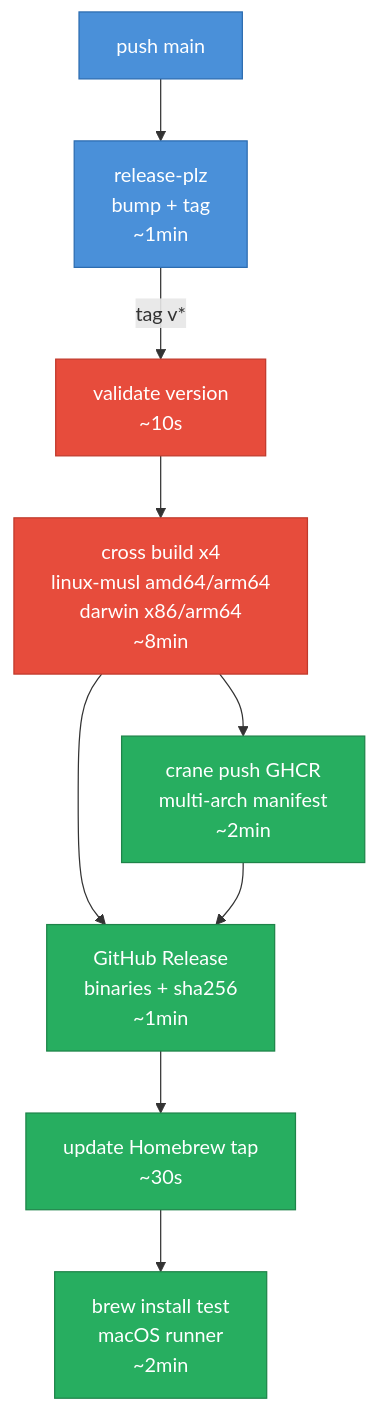
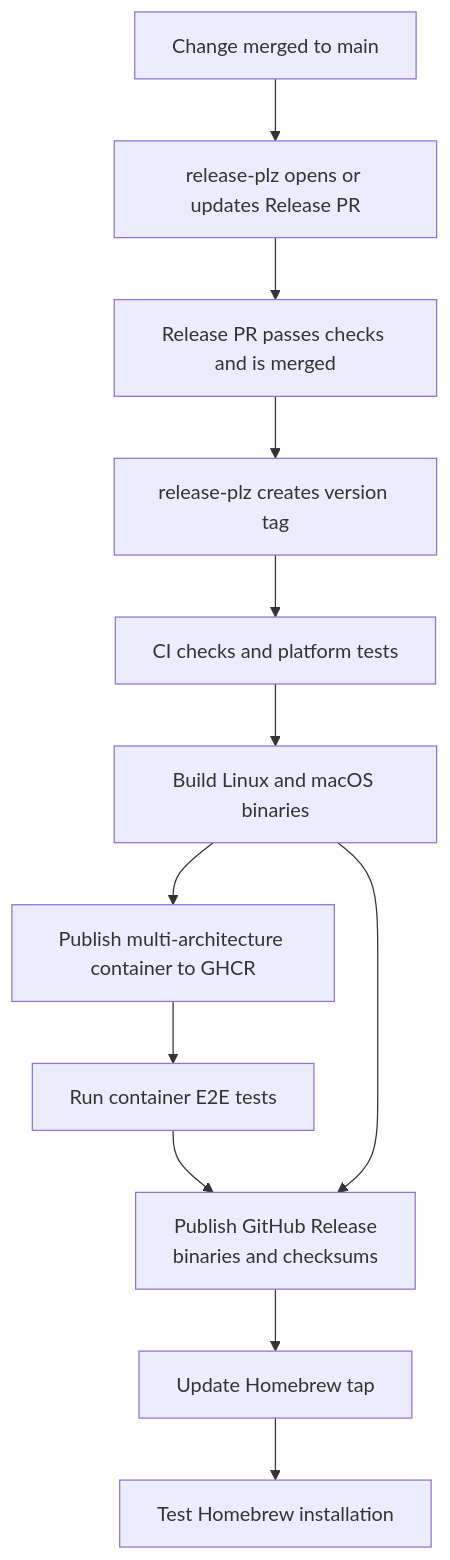
One commit to azerozero/grob changed the second of 2 diagrams in docs/diagrams/ci-cd-pert.md. Above: the diagram before and after it, drawn with Mermaid. The commit also changed other lines of this file and 28 other files, not shown here.

````diff
--- a/docs/diagrams/ci-cd-pert.md
+++ b/docs/diagrams/ci-cd-pert.md
@@ -56,25 +58,14 @@
 ```mermaid
 flowchart TB
-  push["push main"]
-  releasePlz["release-plz\nbump + tag\n~1min"]
-  push --> releasePlz
-
-  releasePlz -->|"tag v*"| validate["validate version\n~10s"]
-
-  validate --> build["cross build x4\nlinux-musl amd64/arm64\ndarwin x86/arm64\n~8min"]
-
-  build --> container["crane push GHCR\nmulti-arch manifest\n~2min"]
-  build --> release["GitHub Release\nbinaries + sha256\n~1min"]
-  container --> release
-
-  release --> homebrew["update Homebrew tap\n~30s"]
-  homebrew --> brewTest["brew install test\nmacOS runner\n~2min"]
-
-  classDef trigger fill:#4A90D9,stroke:#2C6CB0,color:#fff
-  classDef critical fill:#E74C3C,stroke:#C0392B,color:#fff
-  classDef publish fill:#27AE60,stroke:#1E8449,color:#fff
-
-  class push,releasePlz trigger
-  class validate,build critical
-  class container,release,homebrew,brewTest publish
+    main["Change merged to main"] --> releasePR["release-plz opens or updates Release PR"]
+    releasePR --> merge["Release PR passes checks and is merged"]
+    merge --> tag["release-plz creates version tag"]
+    tag --> tests["CI checks and platform tests"]
+    tests --> build["Build Linux and macOS binaries"]
+    build --> container["Publish multi-architecture container to GHCR"]
+    container --> e2e["Run container E2E tests"]
+    e2e --> release["Publish GitHub Release<br/>binaries and checksums"]
+    build --> release
+    release --> homebrew["Update Homebrew tap"]
+    homebrew --> brewTest["Test Homebrew installation"]
 ```
````
